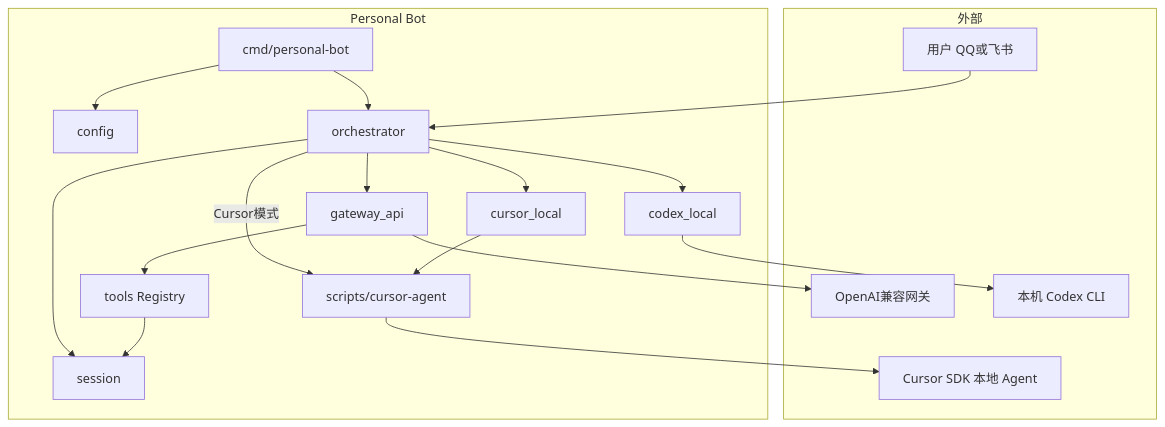
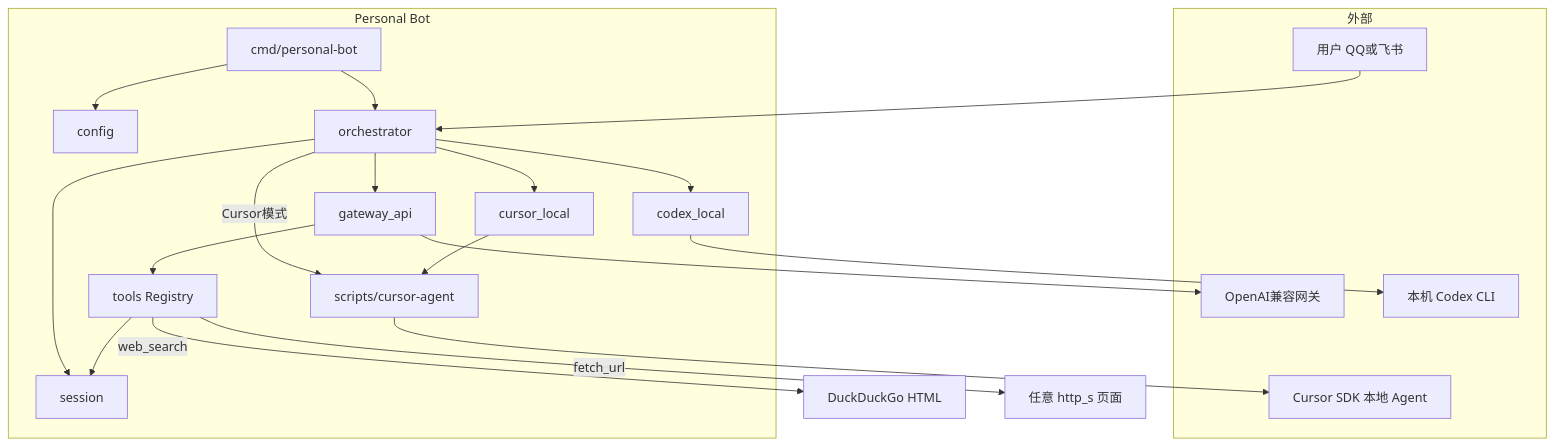
Before and after one commit to xgk1906806hjy/Personal-Bot: the second of 3 diagrams in docs/MODULES.md, drawn with Mermaid. The commit also changed other lines of this file and 1 other file, not shown here.

Commit message:
补充文档：联网工具、DisableTools 与配置启动载入说明。

````diff
--- a/docs/MODULES.md
+++ b/docs/MODULES.md
@@ -52,36 +52,38 @@
 ```mermaid
 flowchart TB
   subgraph external [外部]
     User[用户 QQ或飞书]
     GatewayAPI[OpenAI兼容网关]
     CodexCLI[本机 Codex CLI]
     CursorSDK[Cursor SDK 本地 Agent]
   end
 
   subgraph runtime [Personal Bot]
     Main[cmd/personal-bot]
     Cfg[config]
     Orch[orchestrator]
     Sess[session]
     GW[gateway_api]
     Codex[codex_local]
     CursorCh[cursor_local]
     Tools[tools Registry]
     Helper[scripts/cursor-agent]
   end
 
   User --> Orch
   Main --> Cfg
   Main --> Orch
   Orch --> Sess
   Orch --> GW
   Orch --> Codex
   Orch --> CursorCh
   Orch -->|Cursor模式| Helper
   CursorCh --> Helper
   Helper --> CursorSDK
   GW --> GatewayAPI
   GW --> Tools
+  Tools -->|web_search| DDG[DuckDuckGo HTML]
+  Tools -->|fetch_url| HTTP[任意 http_s 页面]
   Codex --> CodexCLI
   Tools --> Sess
 ```
````
